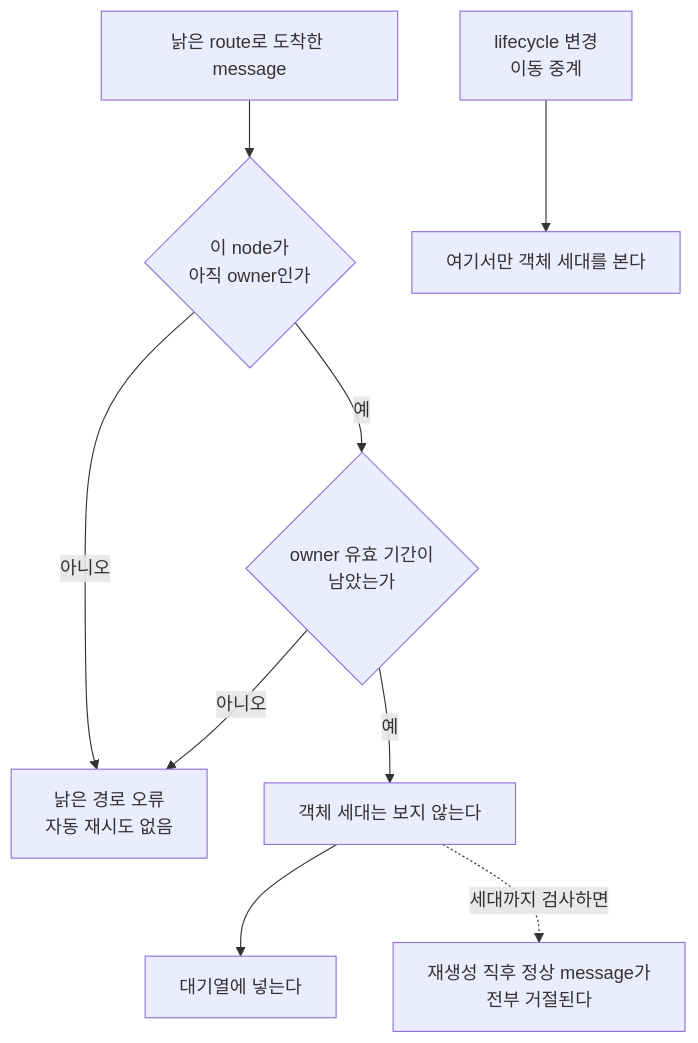
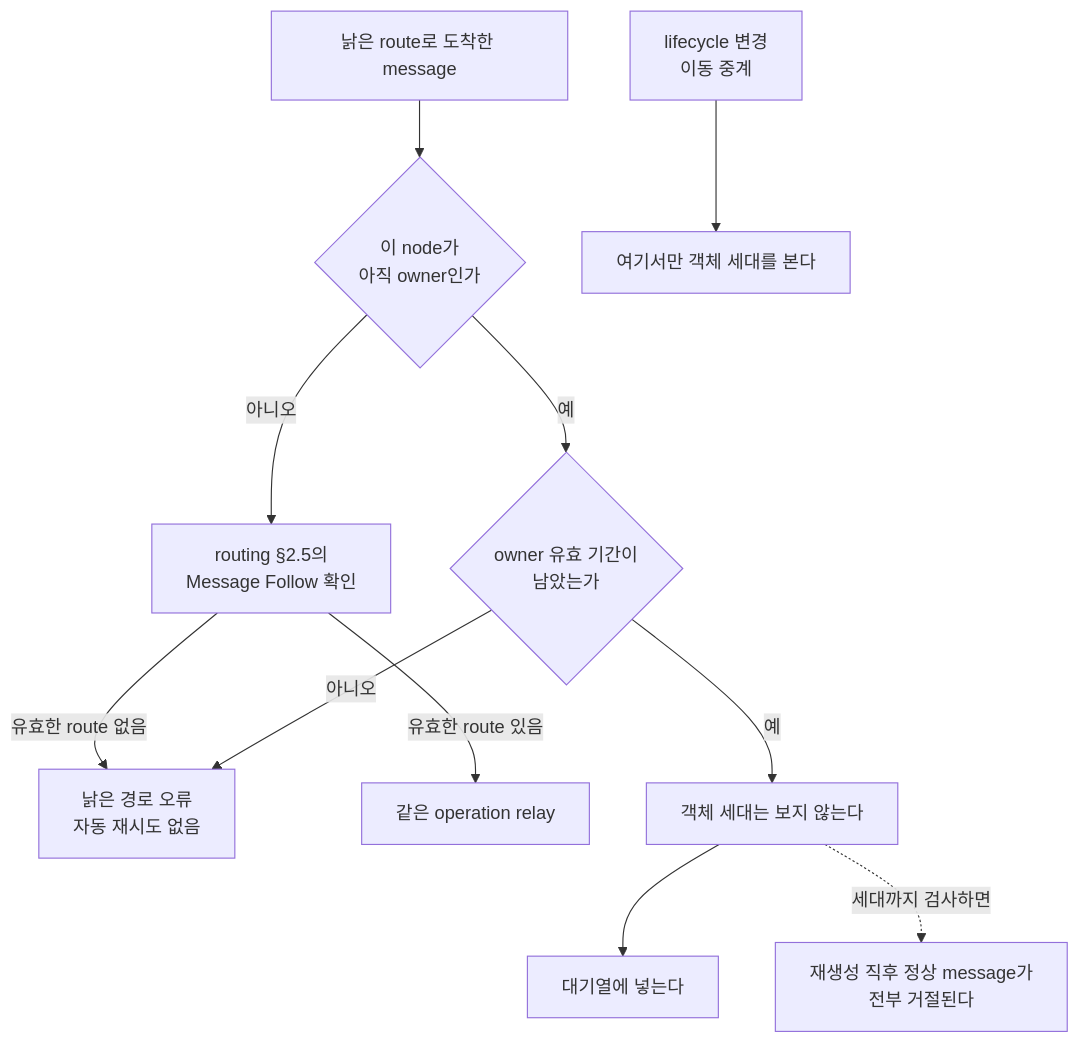
The second of 2 diagrams in framework/doc/framework/common/spec/server/03-spot-actor/09-object-lifecycle.ko.md (zlink-systems/zlink), drawn with Mermaid before and after one commit. The commit also changed other lines of this file and 73 other files, not shown here.

````diff
--- a/framework/doc/framework/common/spec/server/03-spot-actor/09-object-lifecycle.ko.md
+++ b/framework/doc/framework/common/spec/server/03-spot-actor/09-object-lifecycle.ko.md
@@ -164,11 +166,13 @@
 ```mermaid
 flowchart TB
     M["낡은 route로 도착한 message"] --> O{"이 node가<br/>아직 owner인가"}
-    O -- "아니오" --> X["낡은 경로 오류<br/>자동 재시도 없음"]
+    O -- "아니오" --> F["routing §2.5의<br/>Message Follow 확인"]
+    F -- "유효한 route 없음" --> X["낡은 경로 오류<br/>자동 재시도 없음"]
+    F -- "유효한 route 있음" --> R["같은 operation relay"]
     O -- "예" --> L{"owner 유효 기간이<br/>남았는가"}
     L -- "아니오" --> X
     L -- "예" --> G["객체 세대는 보지 않는다"]
     G --> Q["대기열에 넣는다"]
     G -. "세대까지 검사하면" .-> W["재생성 직후 정상 message가<br/>전부 거절된다"]
     K["lifecycle 변경<br/>이동 중계"] --> GEN["여기서만 객체 세대를 본다"]
 ```
````
